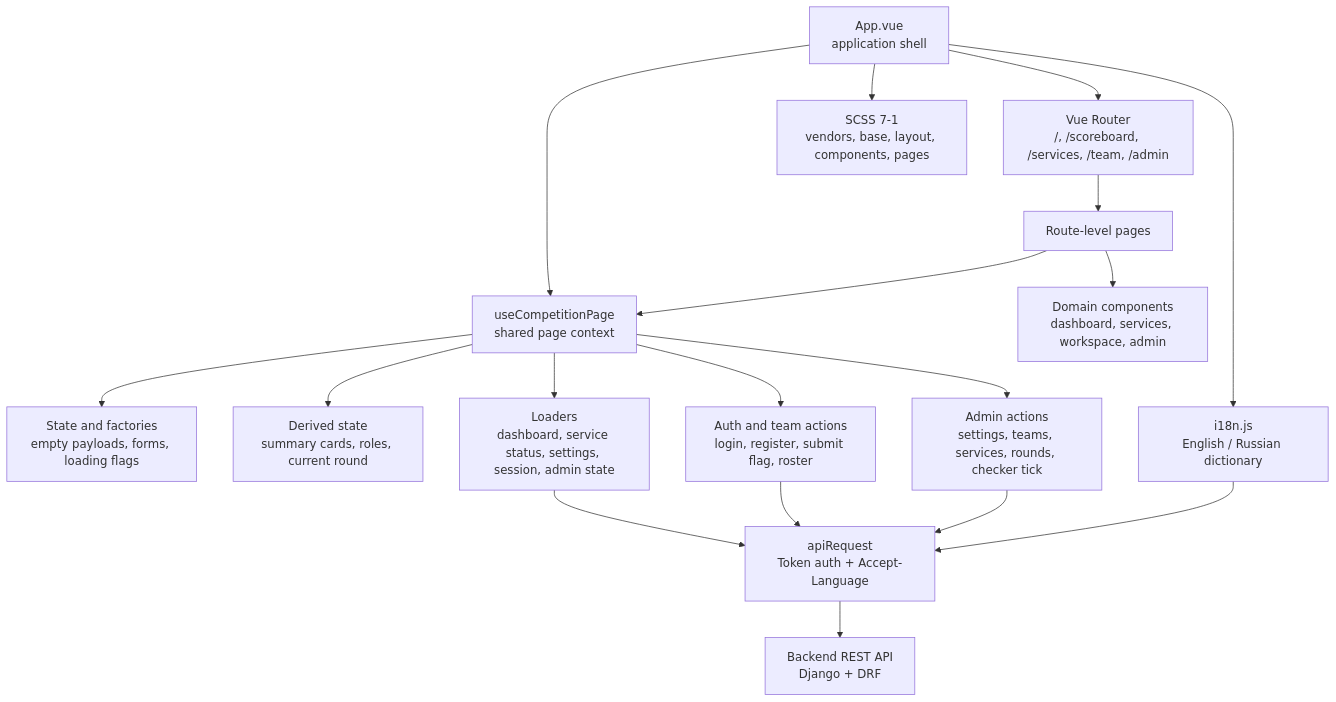
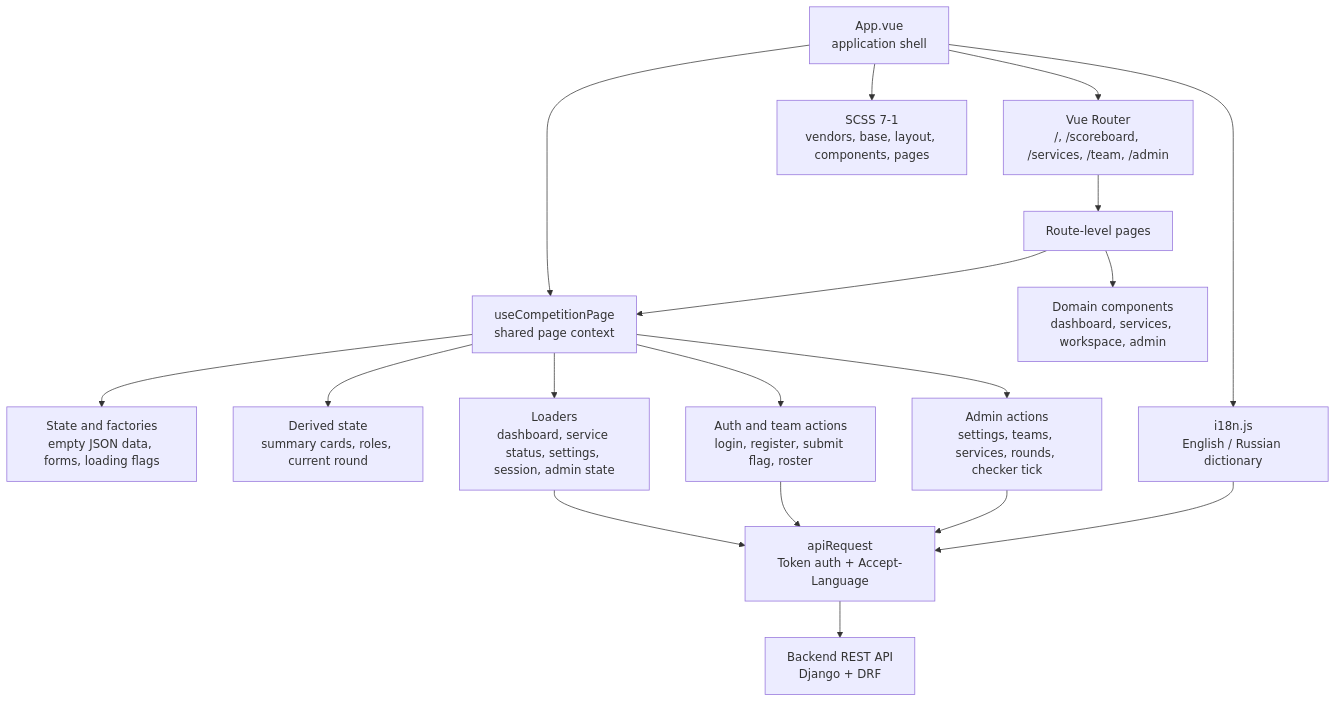
Before and after one commit to cjimhanter/baltctf: the fourth of 5 diagrams in docs/diploma/07-figures.md, drawn with Mermaid. The commit also changed other lines of this file and 17 other files, not shown here.

````diff
--- a/docs/diploma/07-figures.md
+++ b/docs/diploma/07-figures.md
@@ -163,35 +163,35 @@
 ```mermaid
 flowchart TD
     App[App.vue\napplication shell]
     Router[Vue Router\n/, /scoreboard, /services, /team, /admin]
     Context[useCompetitionPage\nshared page context]
-    State[State and factories\nempty payloads, forms, loading flags]
+    State[State and factories\nempty JSON data, forms, loading flags]
     Derived[Derived state\nsummary cards, roles, current round]
     Loaders[Loaders\ndashboard, service status, settings, session, admin state]
     TeamActions[Auth and team actions\nlogin, register, submit flag, roster]
     AdminActions[Admin actions\nsettings, teams, services, rounds, checker tick]
     Api[apiRequest\nToken auth + Accept-Language]
     Backend[Backend REST API\nDjango + DRF]
     I18n[i18n.js\nEnglish / Russian dictionary]
     Styles[SCSS 7-1\nvendors, base, layout, components, pages]
     Pages[Route-level pages]
     Components[Domain components\ndashboard, services, workspace, admin]
 
     App --> Router
     App --> Context
     App --> I18n
     App --> Styles
     Router --> Pages
     Pages --> Components
     Pages --> Context
     Context --> State
     Context --> Derived
     Context --> Loaders
     Context --> TeamActions
     Context --> AdminActions
     Loaders --> Api
     TeamActions --> Api
     AdminActions --> Api
     Api --> Backend
     I18n --> Api
 ```
````
